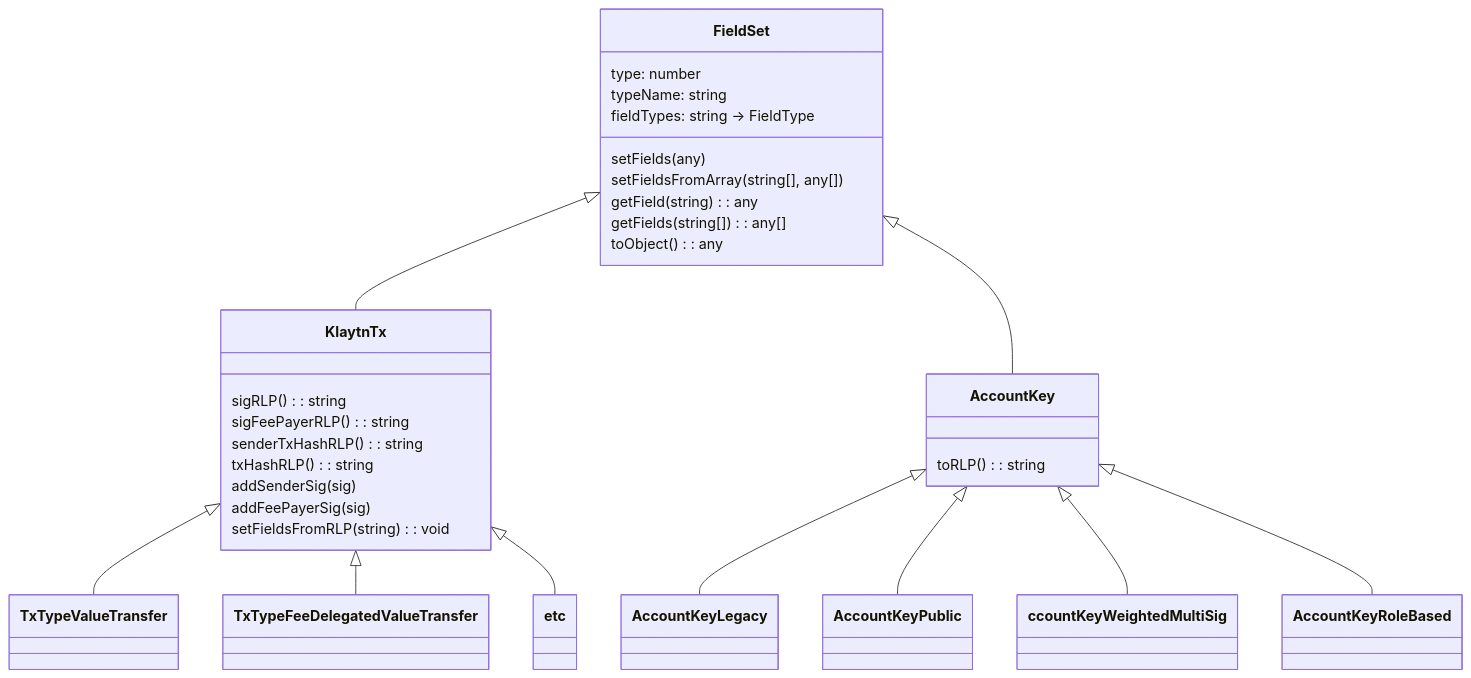
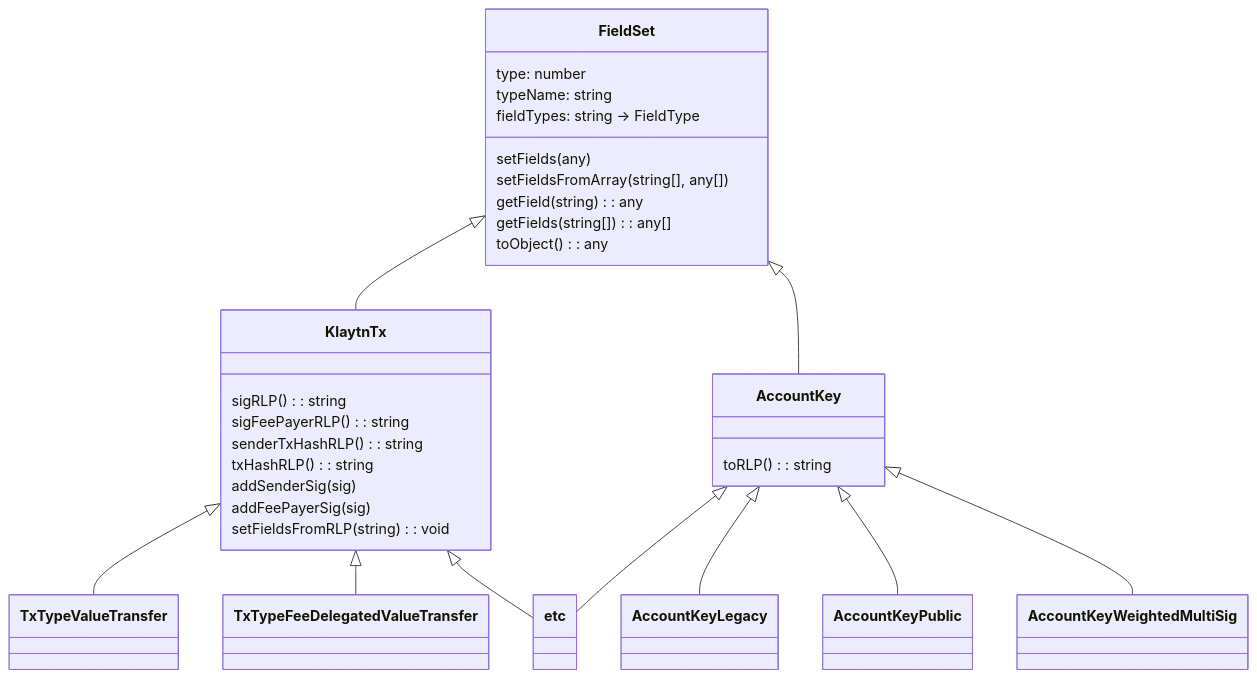
Before and after one commit to blukat29/klaytn-sdk-design: the second of 4 diagrams in README.md, drawn with Mermaid. The commit also changed other lines of this file, not shown here.

````diff
--- a/README.md
+++ b/README.md
@@ -81,34 +68,34 @@
 ```mermaid  
 classDiagram
   FieldSet <|-- KlaytnTx
   KlaytnTx <|-- TxTypeValueTransfer
   KlaytnTx <|-- TxTypeFeeDelegatedValueTransfer
   KlaytnTx <|-- etc
   FieldSet <|-- AccountKey
   AccountKey <|-- AccountKeyLegacy
   AccountKey <|-- AccountKeyPublic
-  AccountKey <|-- ccountKeyWeightedMultiSig
-  AccountKey <|-- AccountKeyRoleBased
+  AccountKey <|-- AccountKeyWeightedMultiSig
+  AccountKey <|-- etc
   class FieldSet {
     type: number
     typeName: string
     fieldTypes: string -> FieldType
     setFields(any)
     setFieldsFromArray( string[], any[] )
     getField( string ): any
     getFields( string[] ): any[]
     toObject(): any
   }
   class KlaytnTx {
     sigRLP(): string
     sigFeePayerRLP(): string
     senderTxHashRLP(): string
     txHashRLP(): string
     addSenderSig(sig)
     addFeePayerSig(sig)
     setFieldsFromRLP(string): void
   }
   class AccountKey {
     toRLP(): string
   }
 ```
````
